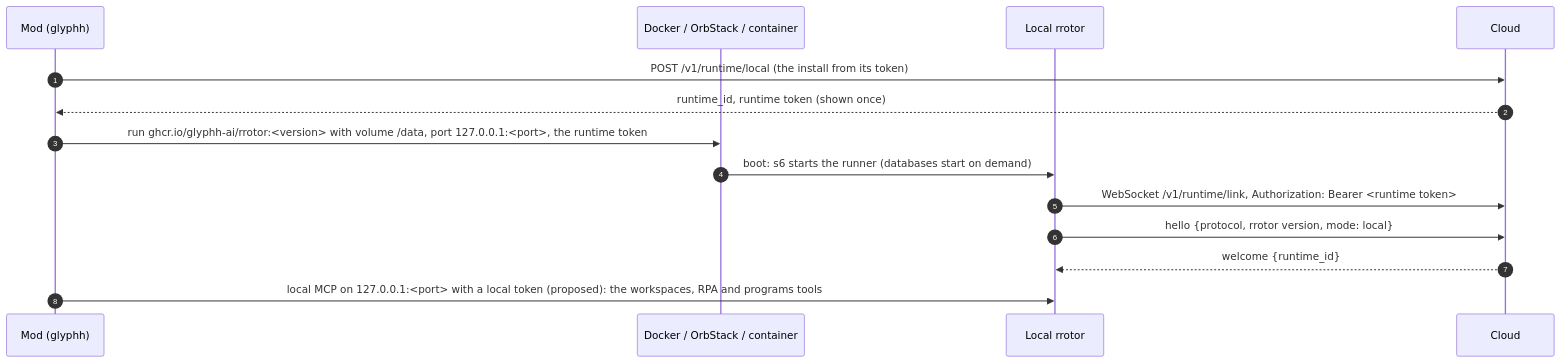
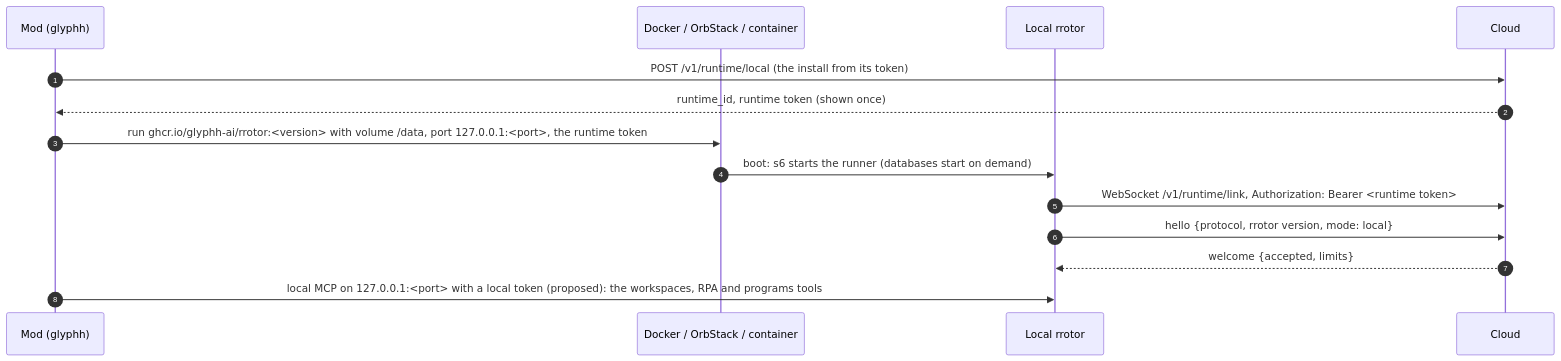
One commit to glyphh-ai/rrotor changed the second of 13 diagrams in docs/architecture.md. Above: the diagram before and after it, drawn with Mermaid. The commit also changed other lines of this file, not shown here.

First line of the commit message:
Architecture: protocol 1 made buildable as the server built it

````diff
--- a/docs/architecture.md
+++ b/docs/architecture.md
@@ -78,16 +78,16 @@
 ```mermaid
 sequenceDiagram
     autonumber
     participant M as Mod (glyphh)
     participant D as Docker / OrbStack / container
     participant R as Local rrotor
     participant G as Cloud
     M->>G: POST /v1/runtime/local (the install from its token)
     G-->>M: runtime_id, runtime token (shown once)
     M->>D: run ghcr.io/glyphh-ai/rrotor:#lt;version#gt; with volume /data, port 127.0.0.1:#lt;port#gt;, the runtime token
     D->>R: boot: s6 starts the runner (databases start on demand)
     R->>G: WebSocket /v1/runtime/link, Authorization: Bearer #lt;runtime token#gt;
     R->>G: hello {protocol, rrotor version, mode: local}
-    G-->>R: welcome {runtime_id}
+    G-->>R: welcome {accepted, limits}
     M->>R: local MCP on 127.0.0.1:#lt;port#gt; with a local token (proposed): the workspaces, RPA and programs tools
 ```
````
